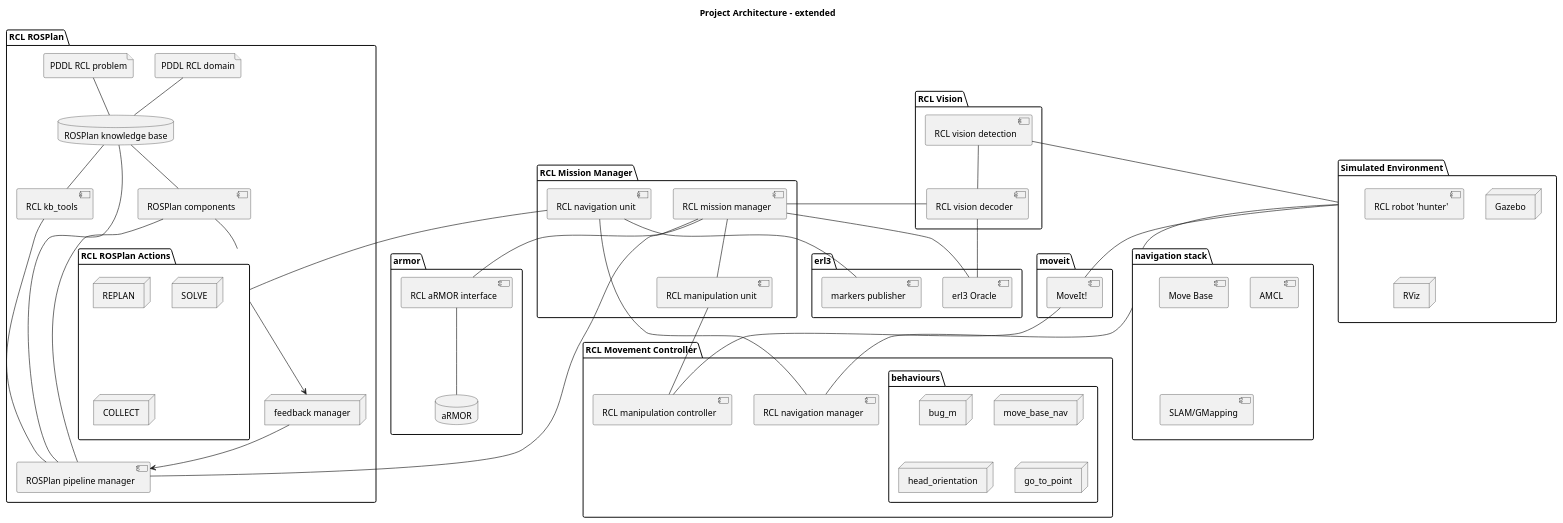
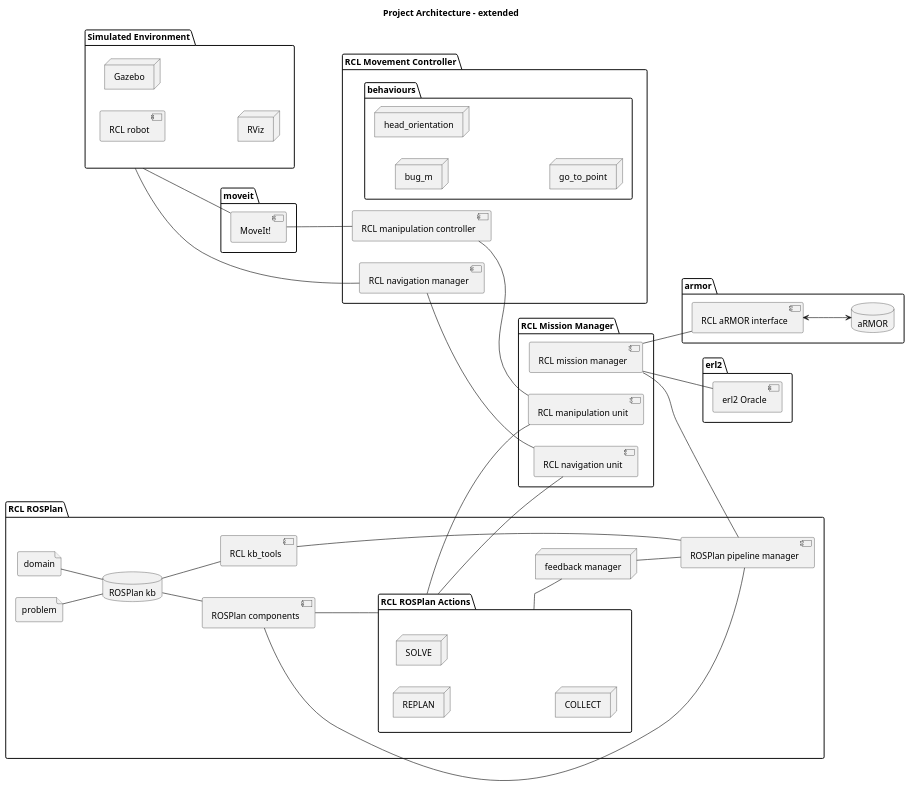
One commit to programmatoroSeduto/ExperimentalRoboticsLab-Assignment-2 changed the second of 7 diagrams in README-sphinx.md. Above: the diagram before and after it, drawn with PlantUML. The commit also changed other lines of this file and 190 other files, not shown here.

````diff
--- a/README-sphinx.md
+++ b/README-sphinx.md
@@ -184,66 +179,42 @@
 
 ''' INFOS
 title Project Architecture - extended
-''' skinparam Padding 8
-allow_mixing
+left to right direction
 
 
 ''' COMPONENTS
 package armor{
 database "aRMOR" as ARMOR
 component "RCL aRMOR interface" as RCL_ARMOR
-
-RCL_ARMOR -- ARMOR
 }
 
 package "RCL Mission Manager"{
 component "RCL mission manager" as MISSION_MANAGER
 component "RCL manipulation unit" as MANIP_UNIT
 component "RCL navigation unit" as NAV_UNIT
-
-MISSION_MANAGER -- MANIP_UNIT
 }
 
 package "RCL ROSPlan" {
 component "ROSPlan pipeline manager" as ROSPLAN
 component "RCL kb_tools" as RCL_KBTOOLS
-database "ROSPlan knowledge base" as ROSPLANKB
+database "ROSPlan kb" as ROSPLANKB
 component "ROSPlan components" as ROSPLAN_COMPONENTS
-file "PDDL RCL domain" as DOMAIN
-file "PDDL RCL problem" as PROBLEM
+file "domain" as DOMAIN
+file "problem" as PROBLEM
 node "feedback manager" as FEEDBACK
 package "RCL ROSPlan Actions" as ROSPLAN_ACTIONS {
 node REPLAN
 node SOLVE
 node COLLECT
 }
-FEEDBACK --> ROSPLAN
-ROSPLAN_ACTIONS --> FEEDBACK
-ROSPLAN_COMPONENTS -- ROSPLAN_ACTIONS
-
-ROSPLANKB-- ROSPLAN_COMPONENTS
-ROSPLANKB -- RCL_KBTOOLS
-ROSPLANKB -- ROSPLAN
-RCL_KBTOOLS -- ROSPLAN
-DOMAIN -- ROSPLANKB
-PROBLEM -- ROSPLANKB
-ROSPLAN_COMPONENTS -- ROSPLAN
 }
 
-package "erl3"{
-component "erl3 Oracle" as ORACLE
-component "markers publisher" as MARKERS
-}
-
-package "RCL Vision" {
-component "RCL vision detection" as VISION
-component "RCL vision decoder" as VISION_DECODE
-
-VISION -- VISION_DECODE
+package "erl2"{
+component "erl2 Oracle" as ORACLE
 }
 
 package "Simulated Environment" as ENVIRONMENT {
-component "RCL robot 'hunter'"
+component "RCL robot"
 node "Gazebo"
 node "RViz"
 }
@@ -252,38 +223,46 @@
 component "MoveIt!" as MOVEIT
 }
 
-package "navigation stack" as NAVSTACK {
-component "Move Base"
-component "AMCL"
-component "SLAM/GMapping"
-}
-
 package "RCL Movement Controller" {
 component "RCL navigation manager" as MOVEMENT
 component "RCL manipulation controller" as MANIPULATION
+
 package behaviours {
 node "bug_m"
-node "move_base_nav"
 node "head_orientation"
 node "go_to_point"
 }
+
 }
 
 ''' CONNECTIONS
+ENVIRONMENT -- MOVEIT
+MOVEIT -- MANIPULATION
+
+ENVIRONMENT -- MOVEMENT
+
+MANIPULATION -- MANIP_UNIT
+MOVEMENT -- NAV_UNIT
+
 MISSION_MANAGER -- RCL_ARMOR
-MISSION_MANAGER -- VISION_DECODE
+RCL_ARMOR <--> ARMOR
+
 MISSION_MANAGER -- ROSPLAN
+
 MISSION_MANAGER -- ORACLE
-VISION_DECODE -- ORACLE
-MARKERS -- NAV_UNIT
-VISION -- ENVIRONMENT
-ENVIRONMENT -- MOVEIT
-ENVIRONMENT -- NAVSTACK
-MOVEIT -- MANIPULATION
-NAVSTACK -- MOVEMENT
-MANIP_UNIT -- MANIPULATION
-NAV_UNIT -- MOVEMENT
-NAV_UNIT -- ROSPLAN_ACTIONS
+
+PROBLEM -- ROSPLANKB
+DOMAIN -- ROSPLANKB
+ROSPLANKB -- ROSPLAN_COMPONENTS
+ROSPLAN_COMPONENTS -- ROSPLAN 
+ROSPLAN_COMPONENTS --ROSPLAN_ACTIONS
+ROSPLAN_ACTIONS -- FEEDBACK
+FEEDBACK -- ROSPLAN
+ROSPLANKB -- RCL_KBTOOLS
+RCL_KBTOOLS -- ROSPLAN
+
+ROSPLAN_ACTIONS -- NAV_UNIT
+ROSPLAN_ACTIONS -- MANIP_UNIT
 
 @enduml
 ```
````
